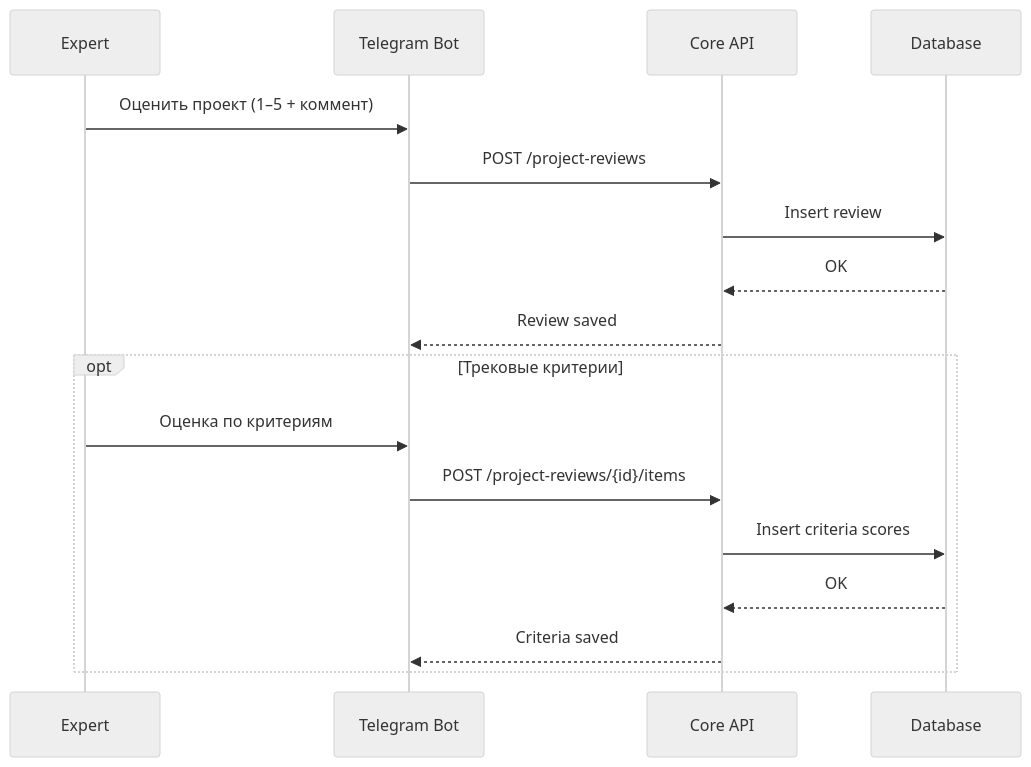
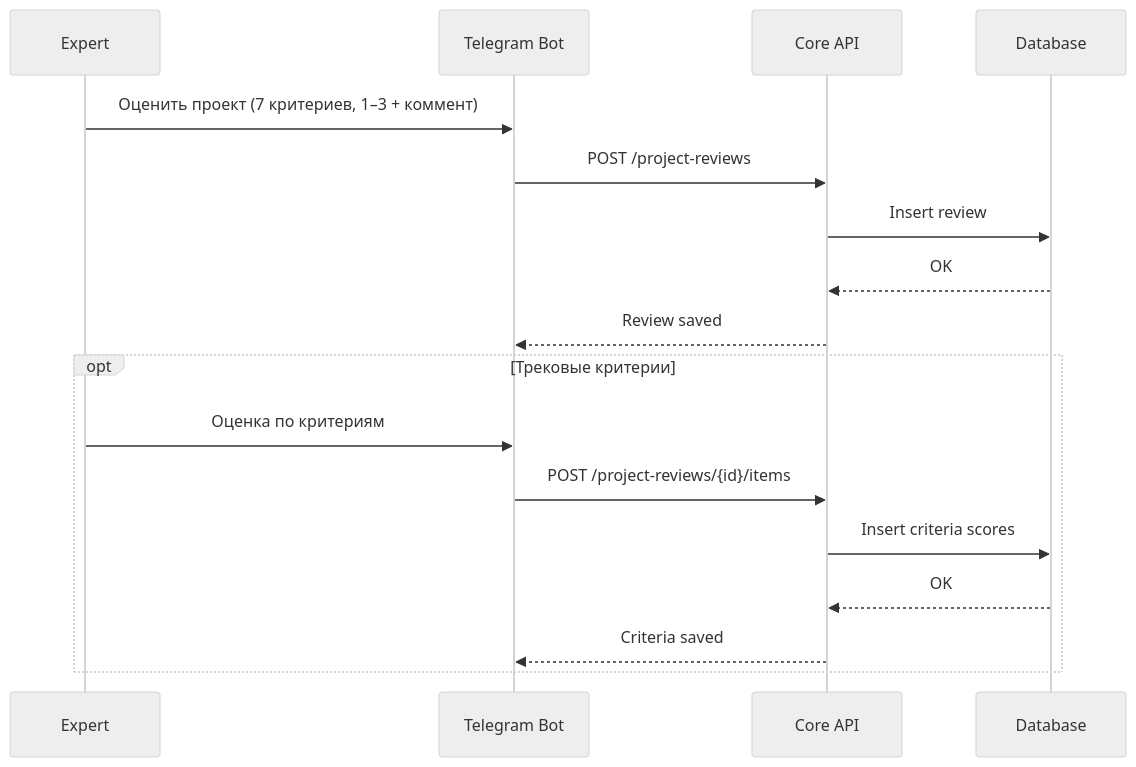
One commit to demoday-ai/eventai-platform changed the third of 8 diagrams in docs/02-specification/09-sequence-diagrams.md. Above: the diagram before and after it, drawn with Mermaid (neutral theme). The commit also changed other lines of this file and 2 other files, not shown here.

````diff
--- a/docs/02-specification/09-sequence-diagrams.md
+++ b/docs/02-specification/09-sequence-diagrams.md
@@ -131,21 +132,21 @@
 ```mermaid
 sequenceDiagram
     participant U as Expert
     participant B as Telegram Bot
     participant A as Core API
     participant D as Database
 
-    U->>B: Оценить проект (1–5 + коммент)
+    U->>B: Оценить проект (7 критериев, 1–3 + коммент)
     B->>A: POST /project-reviews
     A->>D: Insert review
     D-->>A: OK
     A-->>B: Review saved
 
     opt Трековые критерии
         U->>B: Оценка по критериям
         B->>A: POST /project-reviews/{id}/items
         A->>D: Insert criteria scores
         D-->>A: OK
         A-->>B: Criteria saved
     end
 ```
````
